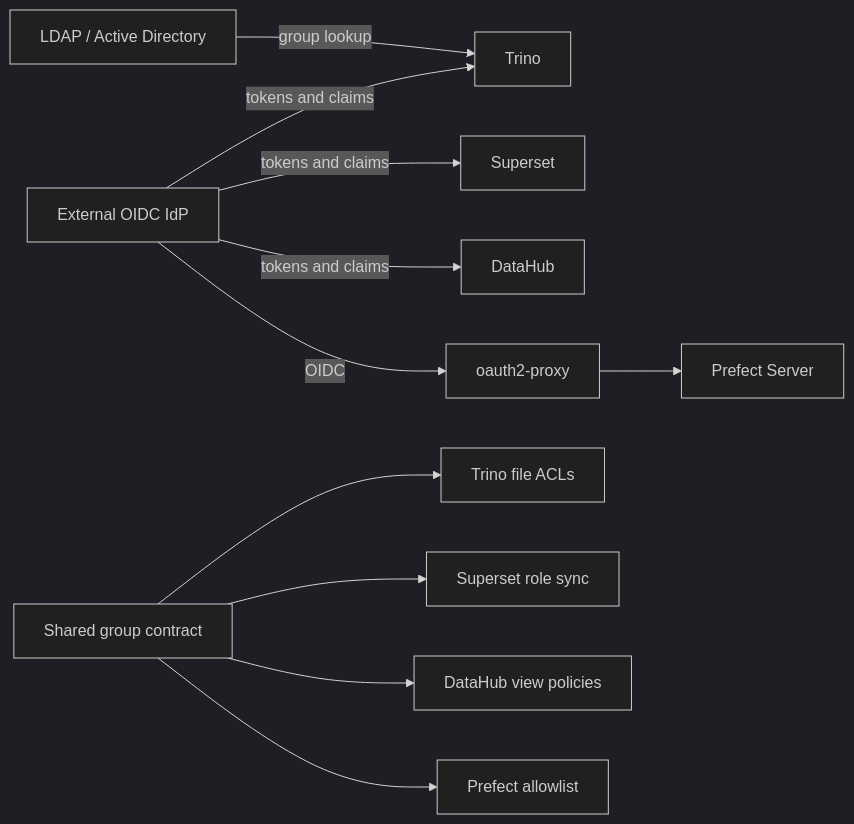
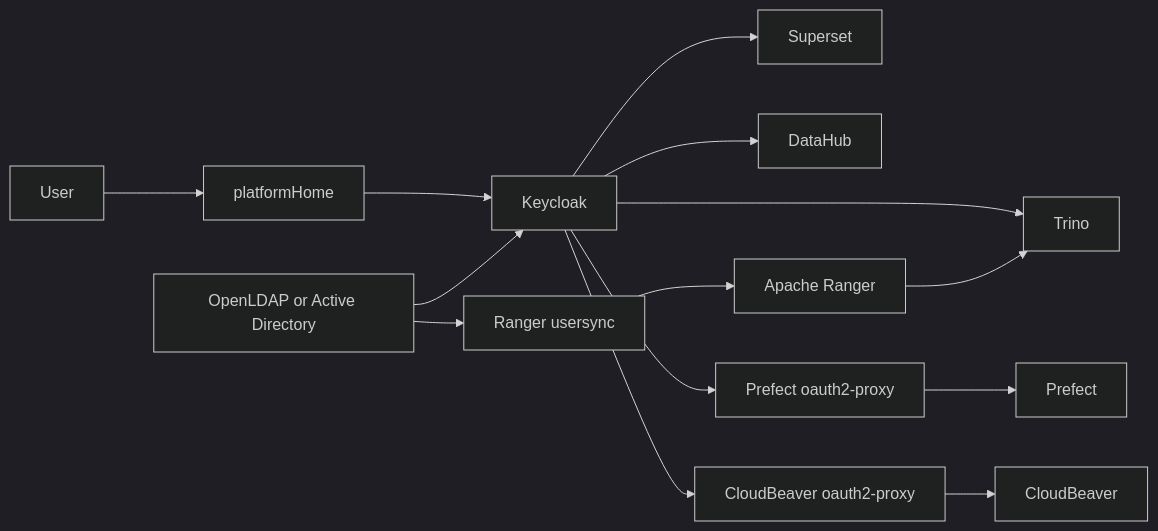
Before and after one commit to sanger-pathogens/dlh-in-a-box-umbrella-helm-chart: the first of 5 diagrams in docs/auth-architecture.md, drawn with Mermaid (dark theme). The commit also changed other lines of this file and 54 other files, not shown here.

Commit message:
Add Ranger-first identity, portal, and policy controls

````diff
--- a/docs/auth-architecture.md
+++ b/docs/auth-architecture.md
@@ -11,15 +11,16 @@
 ```mermaid
 flowchart LR
-  IdP[External OIDC IdP] -->|tokens and claims| Trino[Trino]
-  IdP -->|tokens and claims| Superset[Superset]
-  IdP -->|tokens and claims| DataHub[DataHub]
-  IdP -->|OIDC| Proxy[oauth2-proxy]
-  Proxy --> Prefect[Prefect Server]
-
-  Directory[LDAP / Active Directory] -->|group lookup| Trino
-
-  Groups[Shared group contract] --> TrinoACLs[Trino file ACLs]
-  Groups --> SupersetRoles[Superset role sync]
-  Groups --> DataHubPolicies[DataHub view policies]
-  Groups --> PrefectAccess[Prefect allowlist]
+  User[User] --> Portal[platformHome]
+  Portal --> Keycloak[Keycloak]
+  LDAP[OpenLDAP or Active Directory] --> Keycloak
+  LDAP --> RangerUsersync[Ranger usersync]
+  Keycloak --> Trino[Trino]
+  Keycloak --> Superset[Superset]
+  Keycloak --> DataHub[DataHub]
+  Keycloak --> PrefectProxy[Prefect oauth2-proxy]
+  PrefectProxy --> Prefect[Prefect]
+  Keycloak --> CloudBeaverProxy[CloudBeaver oauth2-proxy]
+  CloudBeaverProxy --> CloudBeaver[CloudBeaver]
+  RangerUsersync --> Ranger[Apache Ranger]
+  Ranger --> Trino
 ```
````
